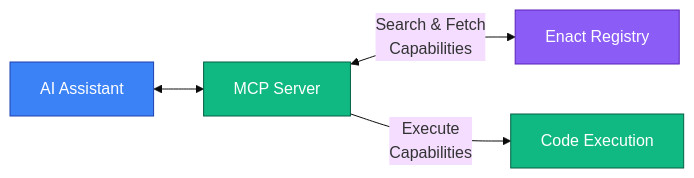
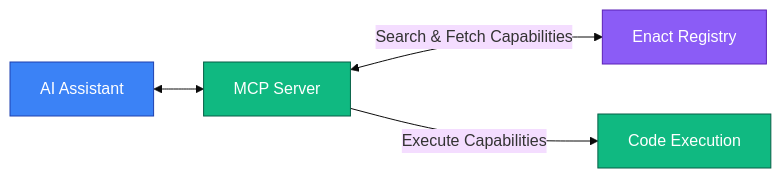
Before and after one commit to EnactProtocol/encat-spec-and-tools: the second of 2 diagrams in README.md, drawn with Mermaid (base theme).

Commit message:
remove return char

````diff
--- a/README.md
+++ b/README.md
@@ -306,15 +306,15 @@
 ```mermaid
 flowchart LR
     AI["AI Assistant"] <--> MCP["MCP Server"]
-    MCP <-->|"Search & Fetch\nCapabilities"| Registry["Enact Registry"]
-    MCP -->|"Execute\nCapabilities"| Execution["Code Execution"]
+    MCP <-->|"Search & Fetch Capabilities"| Registry["Enact Registry"]
+    MCP -->|"Execute Capabilities"| Execution["Code Execution"]
     
     classDef blue fill:#3b82f6,stroke:#1e40af,color:white
     classDef green fill:#10b981,stroke:#065f46,color:white
     classDef purple fill:#8b5cf6,stroke:#5b21b6,color:white
     
     class AI blue
     class MCP green
     class Registry purple
     class Execution green
 ```
````
